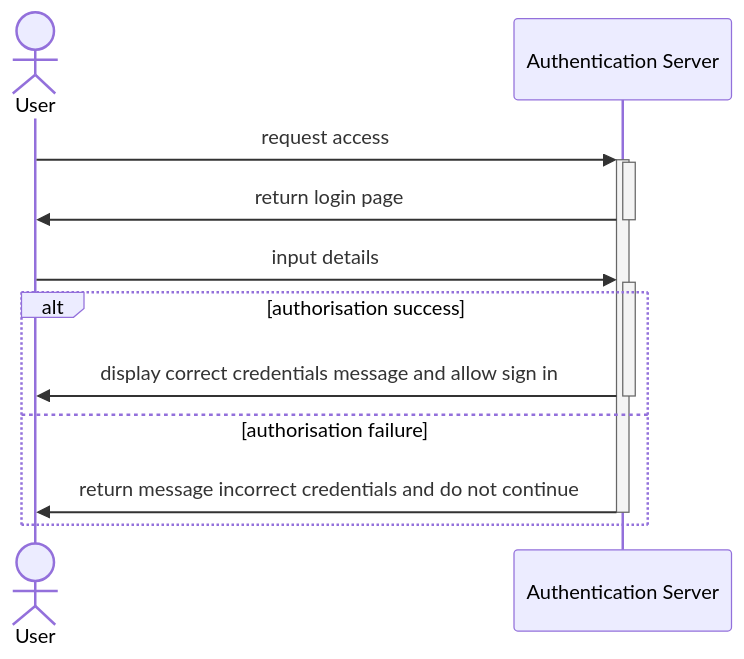
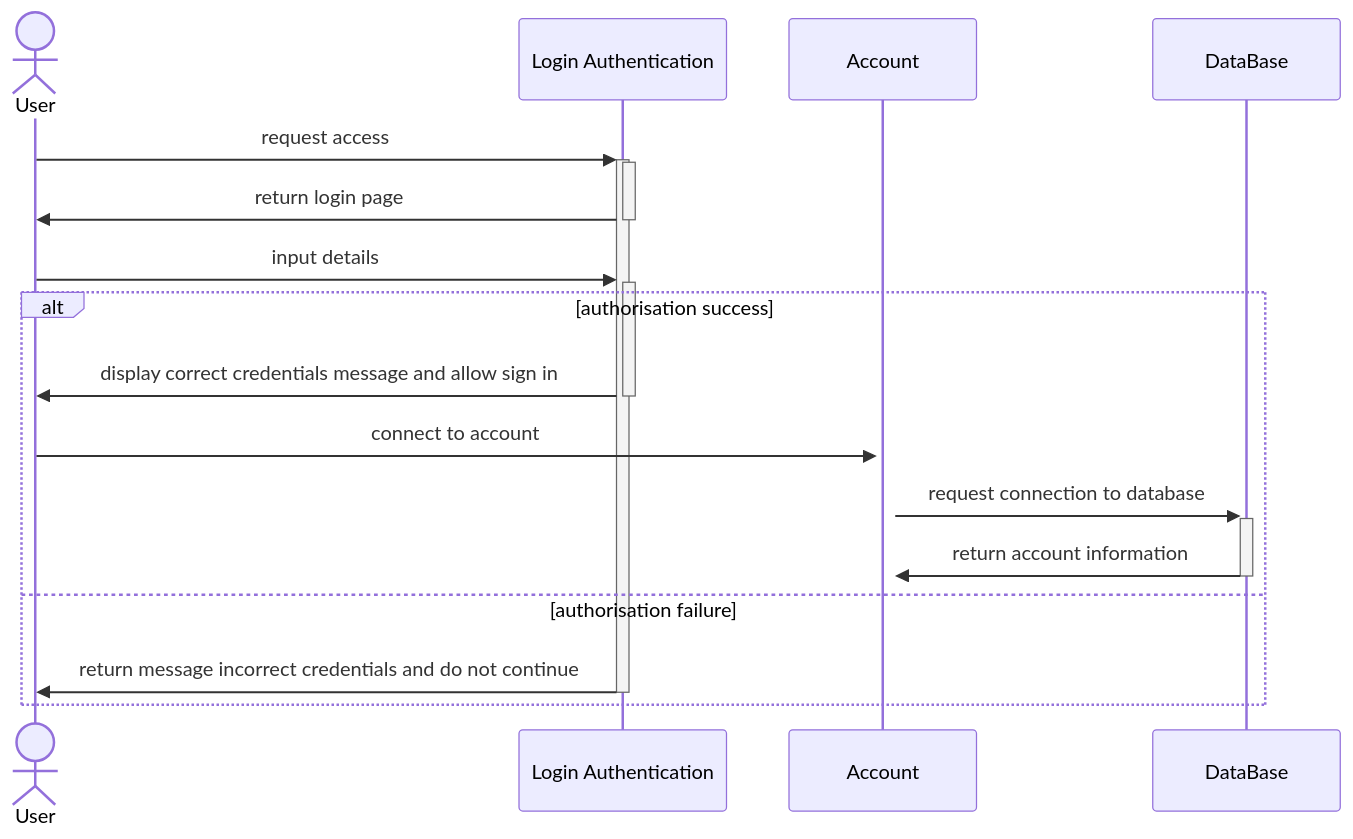
Before and after one commit to UniOfGreenwich/softwareproject_-team3: the first of 2 diagrams in README.md, drawn with Mermaid.

Commit message:
MOD: update sequence diagram

````diff
--- a/README.md
+++ b/README.md
@@ -3,13 +3,17 @@
 ```mermaid
 sequenceDiagram
 actor User
-User->>+Authentication Server: request access
-activate Authentication Server
-Authentication Server->>-User: return login page
-User->>+Authentication Server: input details
+User->>+Login Authentication: request access
+activate Login Authentication
+Login Authentication->>-User: return login page
+User->>+Login Authentication: input details
 alt authorisation success
-Authentication Server->>-User: display correct credentials message and allow sign in
+Login Authentication->>-User: display correct credentials message and allow sign in
+User->>+Account:connect to account
+activate Account
+Account->>+DataBase:request connection to database
+DataBase->>-Account:return account information
 else authorisation failure
-Authentication Server->>-User: return message incorrect credentials and do not continue
+Login Authentication->>-User: return message incorrect credentials and do not continue
 end
 ```
````
